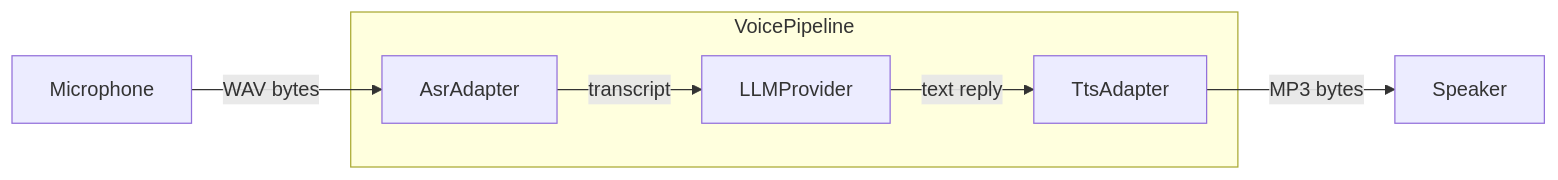
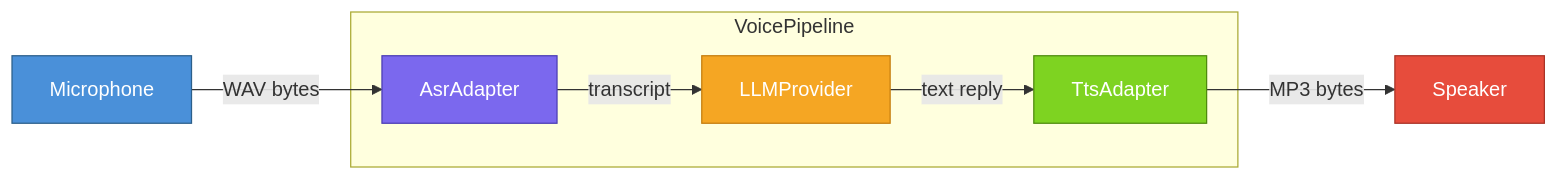
Before and after one commit to mofa-org/mofa: the diagram in docs/mofa-doc/src/guides/voice.md, drawn with Mermaid.

Commit message:
fix(docs): add colour styling to voice.md Mermaid architecture diagram

````diff
--- a/docs/mofa-doc/src/guides/voice.md
+++ b/docs/mofa-doc/src/guides/voice.md
@@ -9,11 +9,17 @@
 ```mermaid
 graph LR
-    MIC[Microphone] -->|WAV bytes| ASR
+    MIC[Microphone]:::mic -->|WAV bytes| ASR
 
     subgraph VoicePipeline
-        ASR[AsrAdapter] -->|transcript| LLM[LLMProvider]
-        LLM -->|text reply| TTS[TtsAdapter]
+        ASR[AsrAdapter]:::asr -->|transcript| LLM[LLMProvider]:::llm
+        LLM -->|text reply| TTS[TtsAdapter]:::tts
     end
 
-    TTS -->|MP3 bytes| SPK[Speaker]
+    TTS -->|MP3 bytes| SPK[Speaker]:::spk
+
+    classDef mic fill:#4A90D9,stroke:#2C5F8A,color:#fff
+    classDef asr fill:#7B68EE,stroke:#4B3DB5,color:#fff
+    classDef llm fill:#F5A623,stroke:#C47D0E,color:#fff
+    classDef tts fill:#7ED321,stroke:#4E8A0E,color:#fff
+    classDef spk fill:#E74C3C,stroke:#A93226,color:#fff
 ```
````
